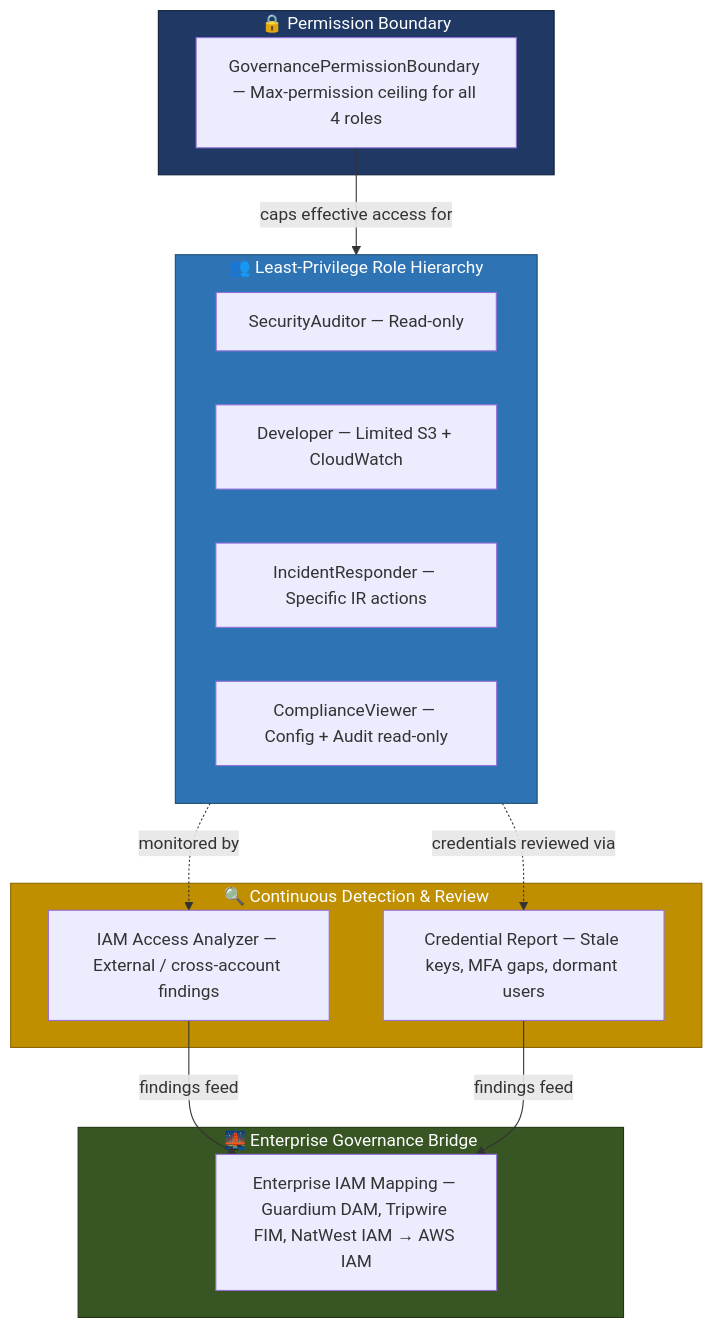
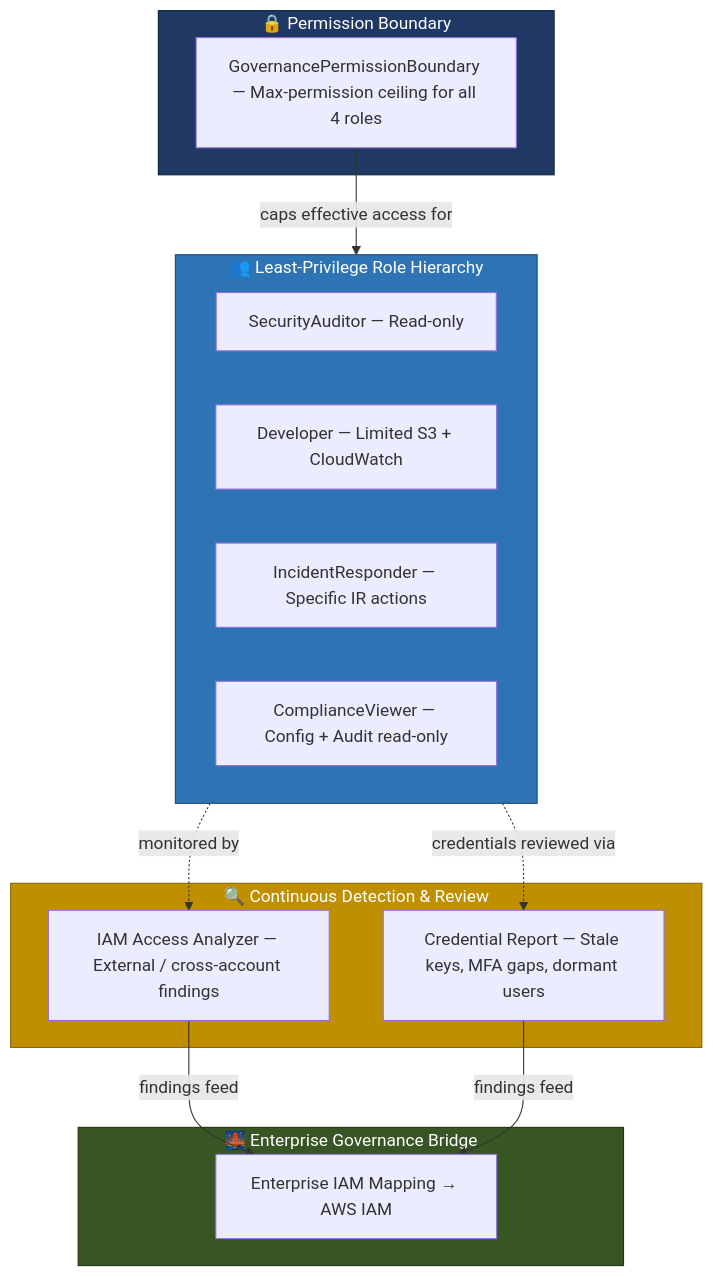
The diagram in 03-iam-governance/README.md (arunkumar-cloudgrc/aws-security-governance-portfolio), drawn with Mermaid before and after one commit. The commit also changed other lines of this file, not shown here.

````diff
--- a/03-iam-governance/README.md
+++ b/03-iam-governance/README.md
@@ -49,33 +49,33 @@
 ```mermaid
 flowchart TB
     subgraph BOUNDARY["🔒 Permission Boundary"]
         PB["GovernancePermissionBoundary — Max-permission ceiling for all 4 roles"]
     end
 
     subgraph ROLES["👥 Least-Privilege Role Hierarchy"]
         SA["SecurityAuditor — Read-only"]
         DEV["Developer — Limited S3 + CloudWatch"]
         IR["IncidentResponder — Specific IR actions"]
         CV["ComplianceViewer — Config + Audit read-only"]
     end
 
     subgraph DETECT["🔍 Continuous Detection & Review"]
         AA["IAM Access Analyzer — External / cross-account findings"]
         CR["Credential Report — Stale keys, MFA gaps, dormant users"]
     end
 
     subgraph BRIDGE["🌉 Enterprise Governance Bridge"]
-        EM["Enterprise IAM Mapping — Guardium DAM, Tripwire FIM, NatWest IAM → AWS IAM"]
+        EM["Enterprise IAM Mapping → AWS IAM"]
     end
 
     PB -->|caps effective access for| ROLES
     ROLES -.->|monitored by| AA
     ROLES -.->|credentials reviewed via| CR
     AA -->|findings feed| EM
     CR -->|findings feed| EM
 
     style BOUNDARY fill:#1F3864,color:#ffffff,stroke:#0d1f38
     style ROLES fill:#2E74B5,color:#ffffff,stroke:#1c4a73
     style DETECT fill:#BF8F00,color:#ffffff,stroke:#8a6800
     style BRIDGE fill:#375623,color:#ffffff,stroke:#22350f
 ```
````
